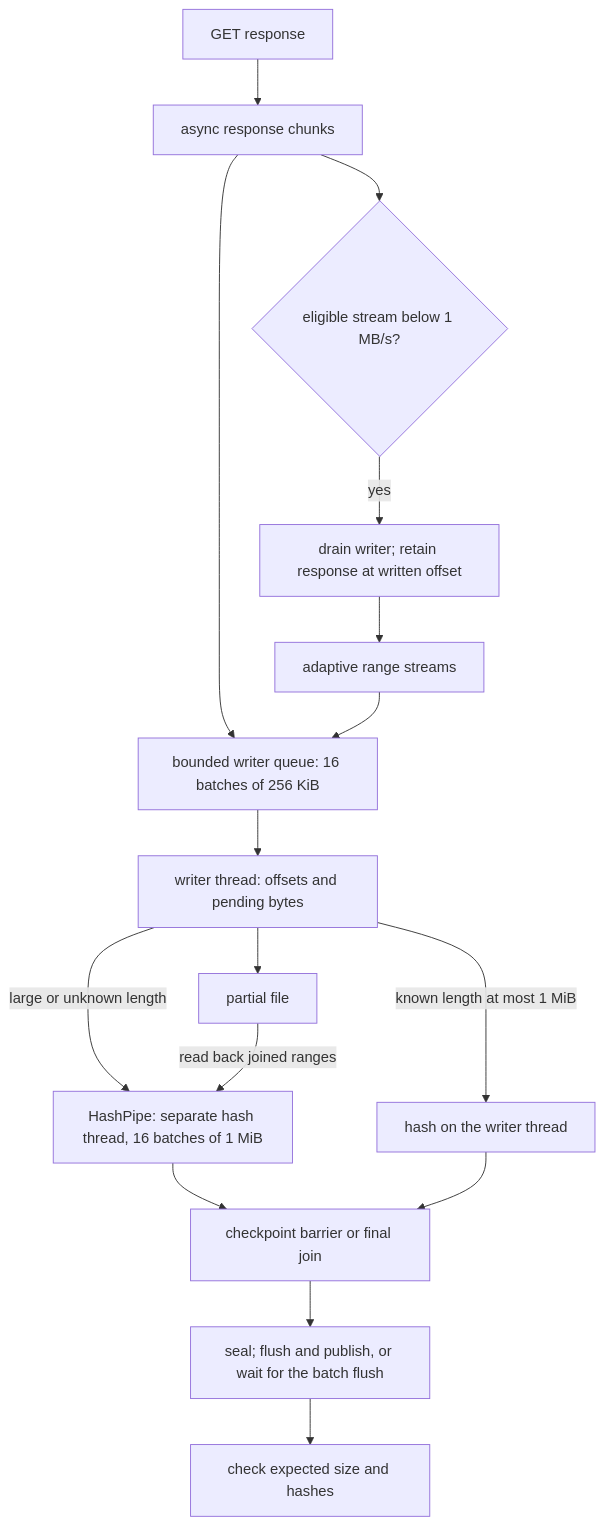
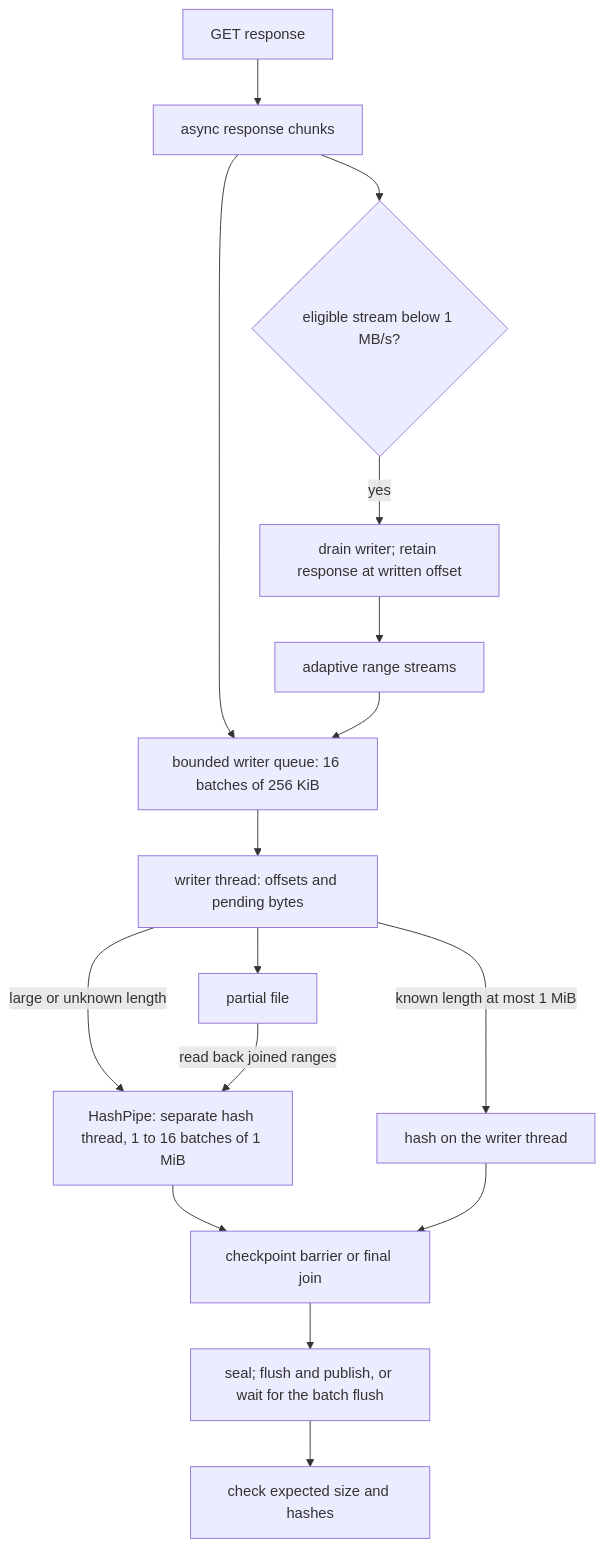
The diagram in docs/dev/architecture/network.md (nikhil-yn-aix/fetchloom), drawn with Mermaid before and after one commit. The commit also changed other lines of this file, not shown here.

Commit message:
say the hash queue holds 1 to 16 batches

````diff
--- a/docs/dev/architecture/network.md
+++ b/docs/dev/architecture/network.md
@@ -41,18 +41,18 @@
 ```mermaid
 flowchart TD
     request["GET response"] --> body["async response chunks"]
     body --> queue["bounded writer queue: 16 batches of 256 KiB"]
     queue --> writer["writer thread: offsets and pending bytes"]
     writer --> disk["partial file"]
-    writer -->|"large or unknown length"| hash["HashPipe: separate hash thread, 16 batches of 1 MiB"]
+    writer -->|"large or unknown length"| hash["HashPipe: separate hash thread, 1 to 16 batches of 1 MiB"]
     writer -->|"known length at most 1 MiB"| inline["hash on the writer thread"]
     disk -->|"read back joined ranges"| hash
     body --> slow{"eligible stream below 1 MB/s?"}
     slow -->|yes| handover["drain writer; retain response at written offset"]
     handover --> split["adaptive range streams"]
     split --> queue
     hash --> barrier["checkpoint barrier or final join"]
     inline --> barrier
     barrier --> finish["seal; flush and publish, or wait for the batch flush"]
     finish --> check["check expected size and hashes"]
 ```
````
